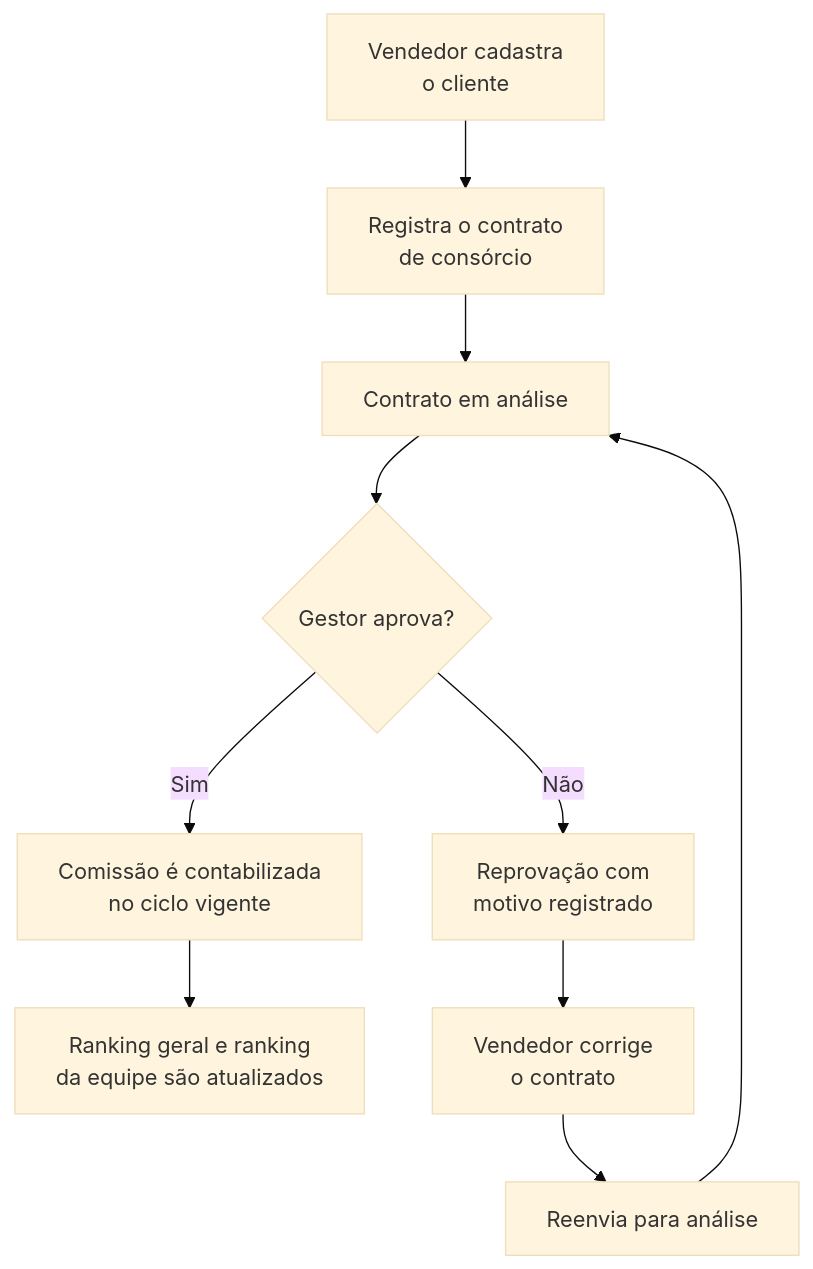
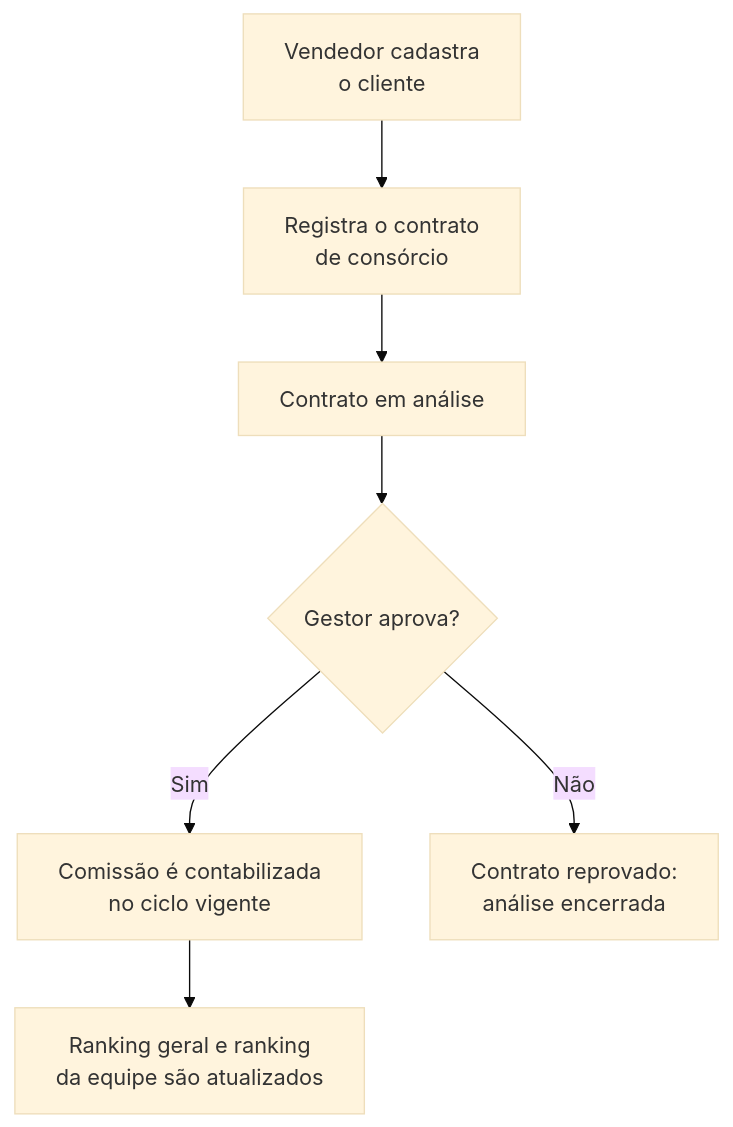
The second of 3 diagrams in Docs/01-Empresa/caracterização_da_DMcom.md (KauanRodolfo/Pim-2-ADS), drawn with Mermaid (base theme) before and after one commit. The commit also changed other lines of this file, not shown here.

````diff
--- a/Docs/01-Empresa/caracterização_da_DMcom.md
+++ b/Docs/01-Empresa/caracterização_da_DMcom.md
@@ -79,12 +79,9 @@
 ```mermaid
 flowchart TD
     A["Vendedor cadastra<br/>o cliente"] --> B["Registra o contrato<br/>de consórcio"]
     B --> C["Contrato em análise"]
     C --> D{"Gestor aprova?"}
     D -- "Sim" --> E["Comissão é contabilizada<br/>no ciclo vigente"]
     E --> F["Ranking geral e ranking<br/>da equipe são atualizados"]
-    D -- "Não" --> G["Reprovação com<br/>motivo registrado"]
-    G --> H["Vendedor corrige<br/>o contrato"]
-    H --> I["Reenvia para análise"]
-    I --> C
+    D -- "Não" --> G["Contrato reprovado:<br/>análise encerrada"]
 ```
````
